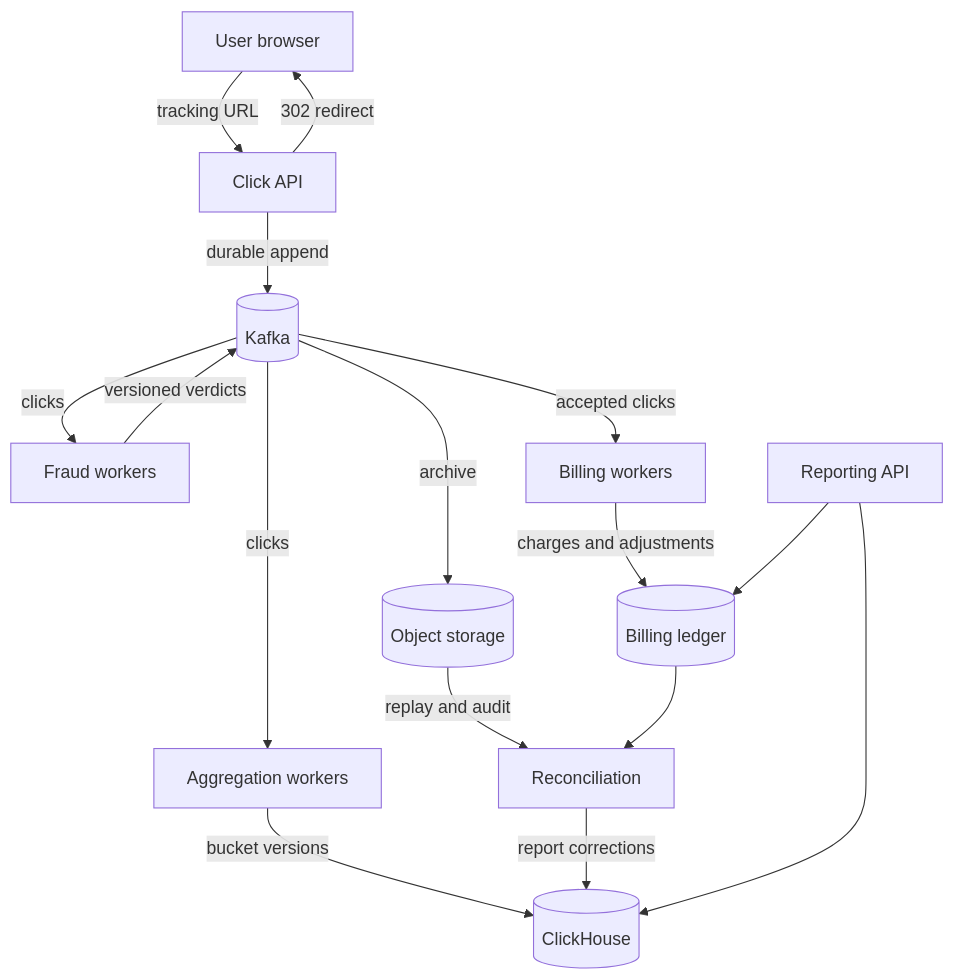
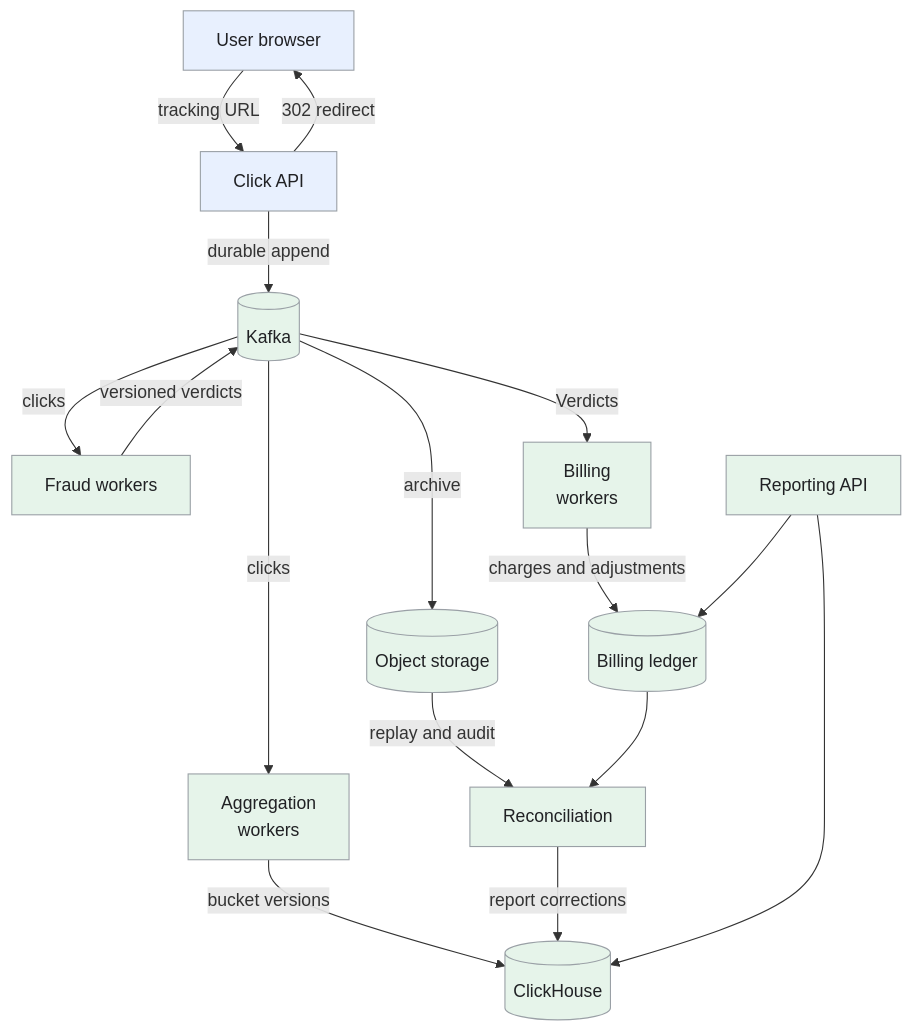
The first of 5 diagrams in _designs/system-design-ad-click-aggregator.md (iliazlobin/iliazlobin.github.io), drawn with Mermaid before and after one commit. The commit also changed other lines of this file and 131 other files, not shown here.

````diff
--- a/_designs/system-design-ad-click-aggregator.md
+++ b/_designs/system-design-ad-click-aggregator.md
@@ -131,18 +146,23 @@
 ```mermaid
 flowchart TB
-  U[User browser] -->|tracking URL| API[Click API]
-  API -->|durable append| K[(Kafka)]
+  U["User browser"] -->|tracking URL| API["Click API"]
+  API -->|durable append| K[("Kafka")]
   API -->|302 redirect| U
-  K -->|clicks| A[Aggregation workers]
-  K -->|clicks| F[Fraud workers]
+  K -->|clicks| A["Aggregation<br>workers"]
+  K -->|clicks| F["Fraud workers"]
   F -->|versioned verdicts| K
-  K -->|accepted clicks| B[Billing workers]
-  B -->|charges and adjustments| L[(Billing ledger)]
-  A -->|bucket versions| O[(ClickHouse)]
-  K -->|archive| R[(Object storage)]
-  R -->|replay and audit| C[Reconciliation]
+  K -->|Verdicts| B["Billing<br>workers"]
+  B -->|charges and adjustments| L[("Billing ledger")]
+  A -->|bucket versions| O[("ClickHouse")]
+  K -->|archive| R[("Object storage")]
+  R -->|replay and audit| C["Reconciliation"]
   L --> C
   C -->|report corrections| O
-  Q[Reporting API] --> O
+  Q["Reporting API"] --> O
   Q --> L
+  classDef request fill:#e8f0fe,stroke:#9aa0a6,color:#202124,stroke-width:1px
+  classDef background fill:#e6f4ea,stroke:#9aa0a6,color:#202124,stroke-width:1px
+  classDef control fill:#fef7e0,stroke:#9aa0a6,color:#202124,stroke-width:1px
+  class U,API request
+  class K,A,F,B,L,O,R,C,Q background
 ```
````
